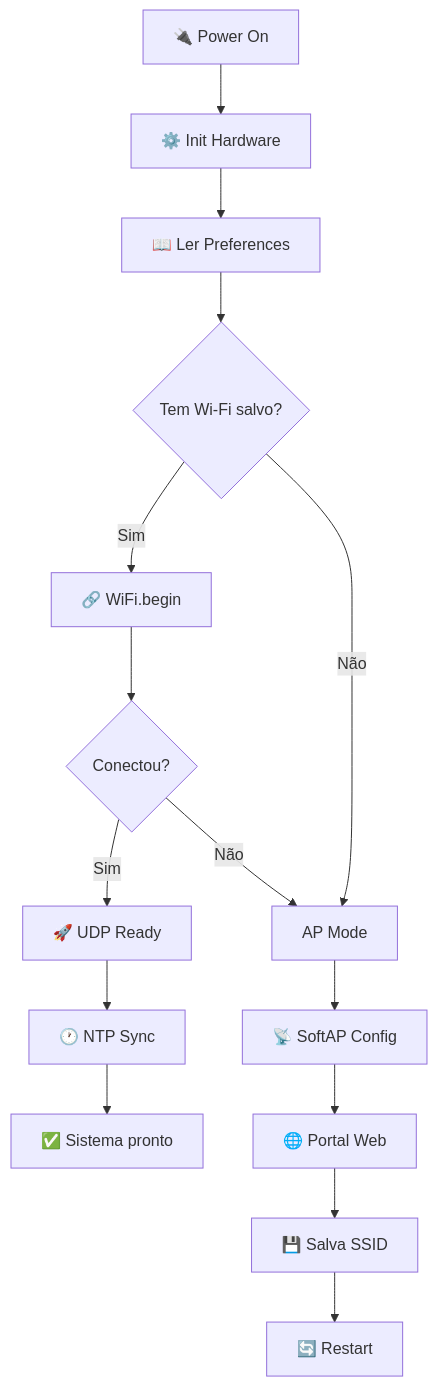
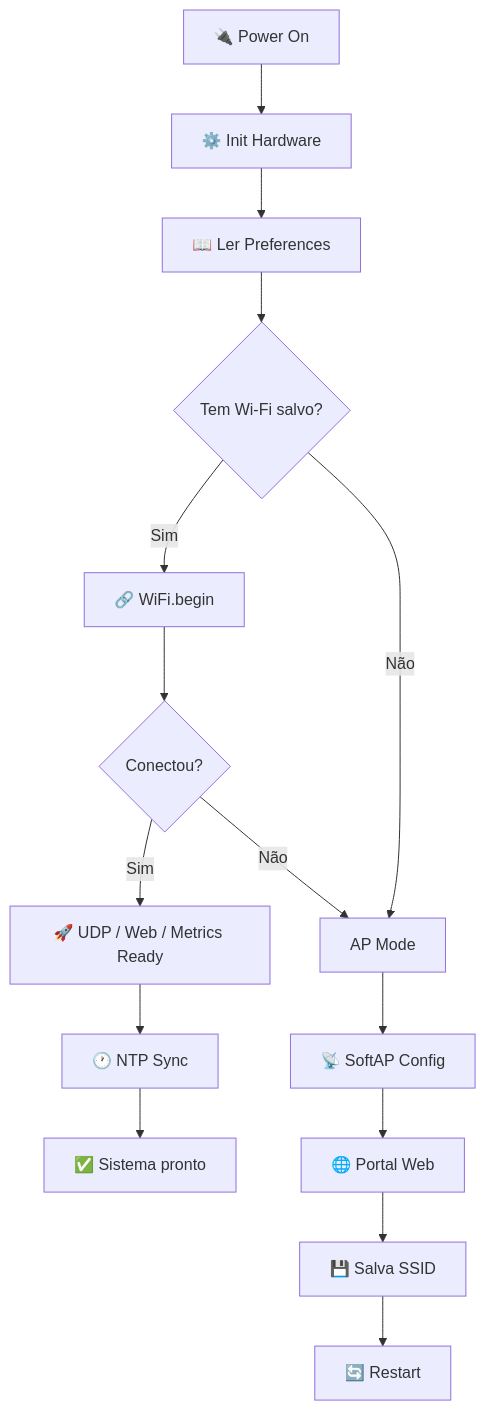
One commit to paulocfmarques-collab/M5NanoC6_wifi changed the second of 2 diagrams in README.md. Above: the diagram before and after it, drawn with Mermaid. The commit also changed other lines of this file, not shown here.

````diff
--- a/README.md
+++ b/README.md
@@ -329,20 +315,20 @@
 ```mermaid
 graph TD
     A["🔌 Power On"] --> B["⚙️  Init Hardware"]
     B --> C["📖 Ler Preferences"]
     C --> D{"Tem Wi-Fi salvo?"}
     
     D -->|Sim| E["🔗 WiFi.begin"]
     E --> F{"Conectou?"}
-    F -->|Sim| G["🚀 UDP Ready"]
+    F -->|Sim| G["🚀 UDP / Web / Metrics Ready"]
     F -->|Não| H["AP Mode"]
     
     D -->|Não| H
     H --> I["📡 SoftAP Config"]
     I --> J["🌐 Portal Web"]
     J --> K["💾 Salva SSID"]
     K --> L["🔄 Restart"]
     
     G --> M["🕐 NTP Sync"]
     M --> N["✅ Sistema pronto"]
 ```
````
